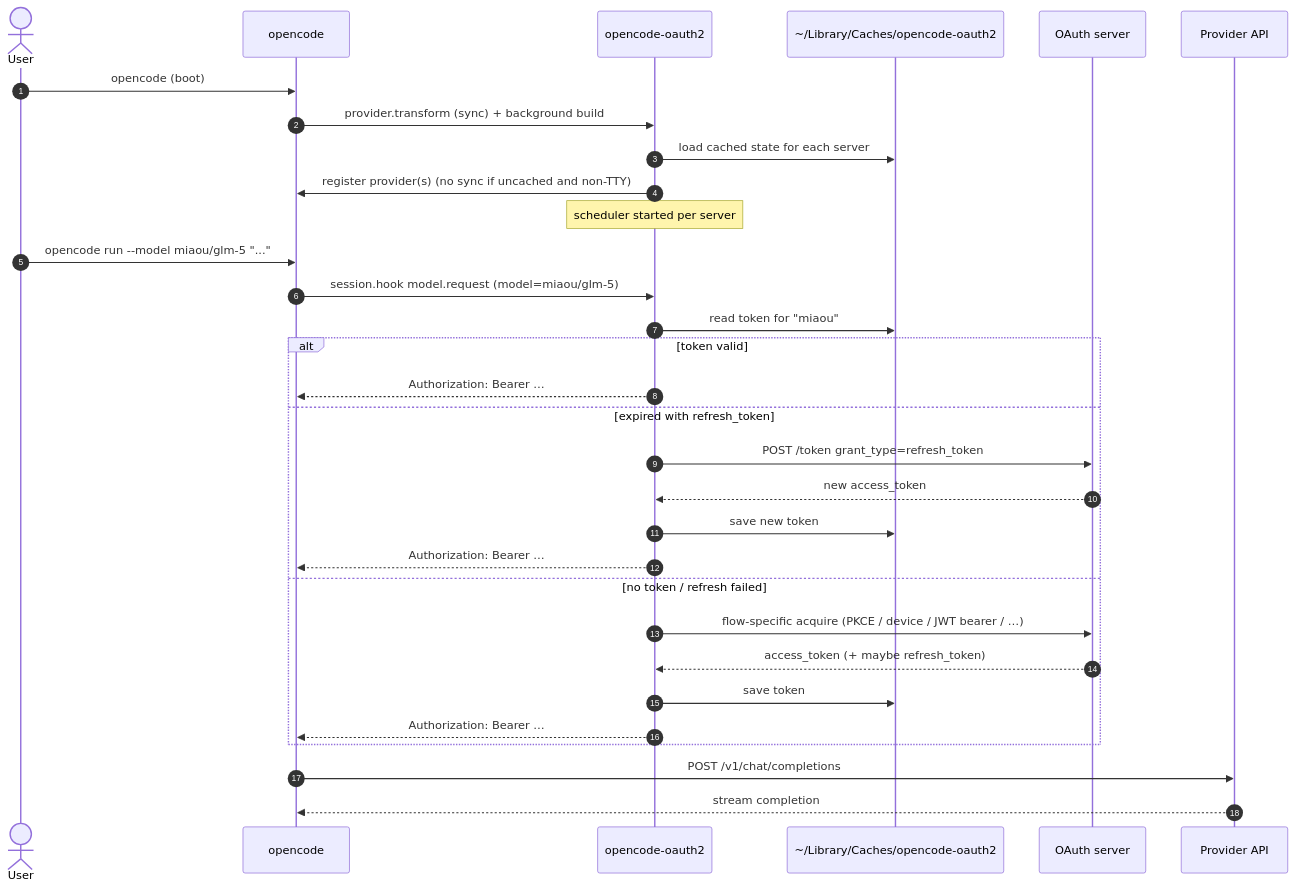
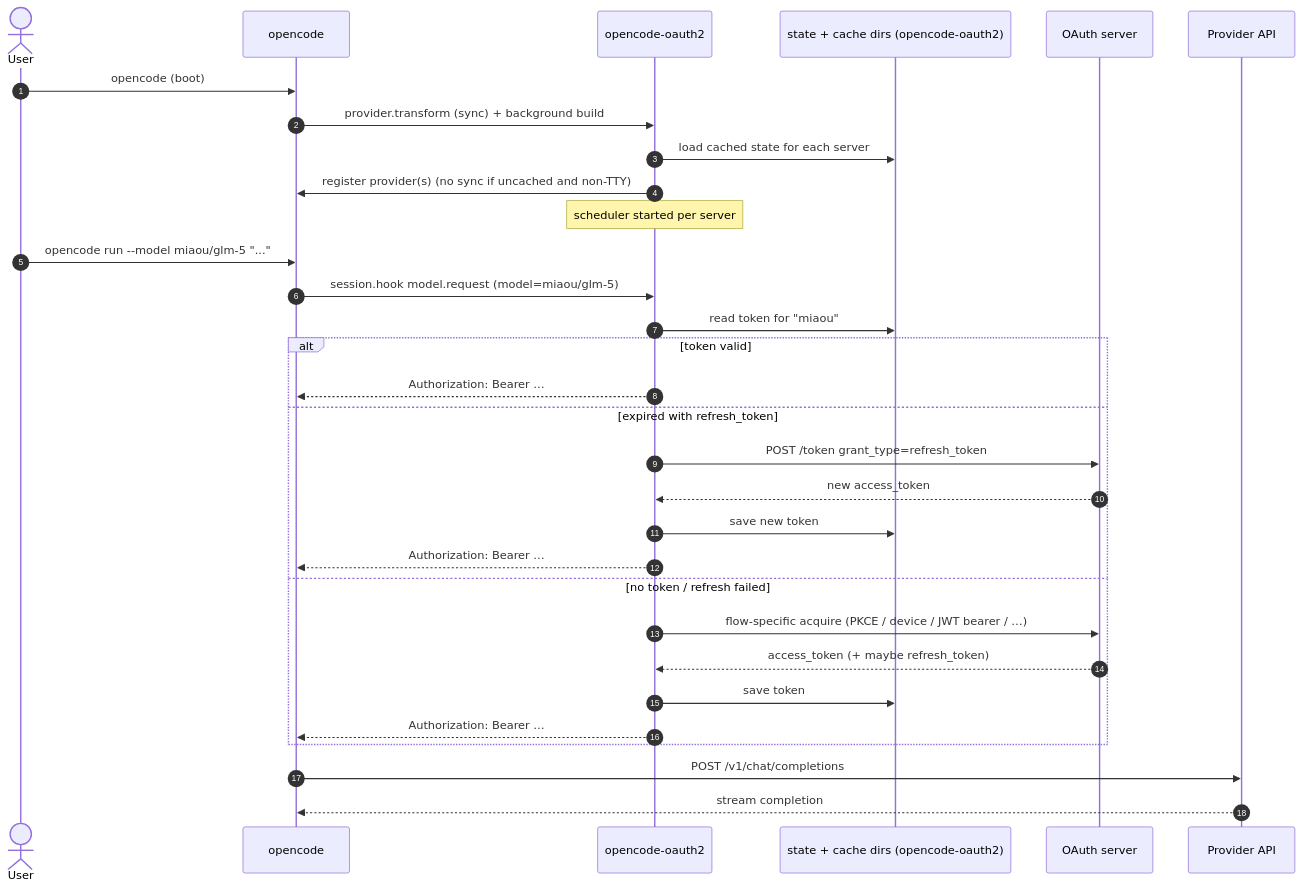
The diagram in docs/architecture.md (ADORSYS-GIS/lightbridge-opencode-toolbeit), drawn with Mermaid before and after one commit. The commit also changed other lines of this file and 68 other files, not shown here.

First line of the commit message:
fix: store OAuth credentials in the durable state dir, not the OS cache dir (ADR-0022) (#152)

````diff
--- a/docs/architecture.md
+++ b/docs/architecture.md
@@ -77,35 +77,35 @@
 ```mermaid
 sequenceDiagram
     autonumber
     actor User
     participant OC as opencode
     participant Plugin as opencode-oauth2
-    participant Cache as ~/Library/Caches/opencode-oauth2
+    participant Cache as state + cache dirs (opencode-oauth2)
     participant IdP as OAuth server
     participant Upstream as Provider API
 
     User->>OC: opencode (boot)
     OC->>Plugin: provider.transform (sync) + background build
     Plugin->>Cache: load cached state for each server
     Plugin->>OC: register provider(s) (no sync if uncached and non-TTY)
     Note over Plugin: scheduler started per server
 
     User->>OC: opencode run --model miaou/glm-5 "..."
     OC->>Plugin: session.hook model.request (model=miaou/glm-5)
     Plugin->>Cache: read token for "miaou"
     alt token valid
         Plugin-->>OC: Authorization: Bearer …
     else expired with refresh_token
         Plugin->>IdP: POST /token grant_type=refresh_token
         IdP-->>Plugin: new access_token
         Plugin->>Cache: save new token
         Plugin-->>OC: Authorization: Bearer …
     else no token / refresh failed
         Plugin->>IdP: flow-specific acquire (PKCE / device / JWT bearer / …)
         IdP-->>Plugin: access_token (+ maybe refresh_token)
         Plugin->>Cache: save token
         Plugin-->>OC: Authorization: Bearer …
     end
     OC->>Upstream: POST /v1/chat/completions
     Upstream-->>OC: stream completion
 ```
````
